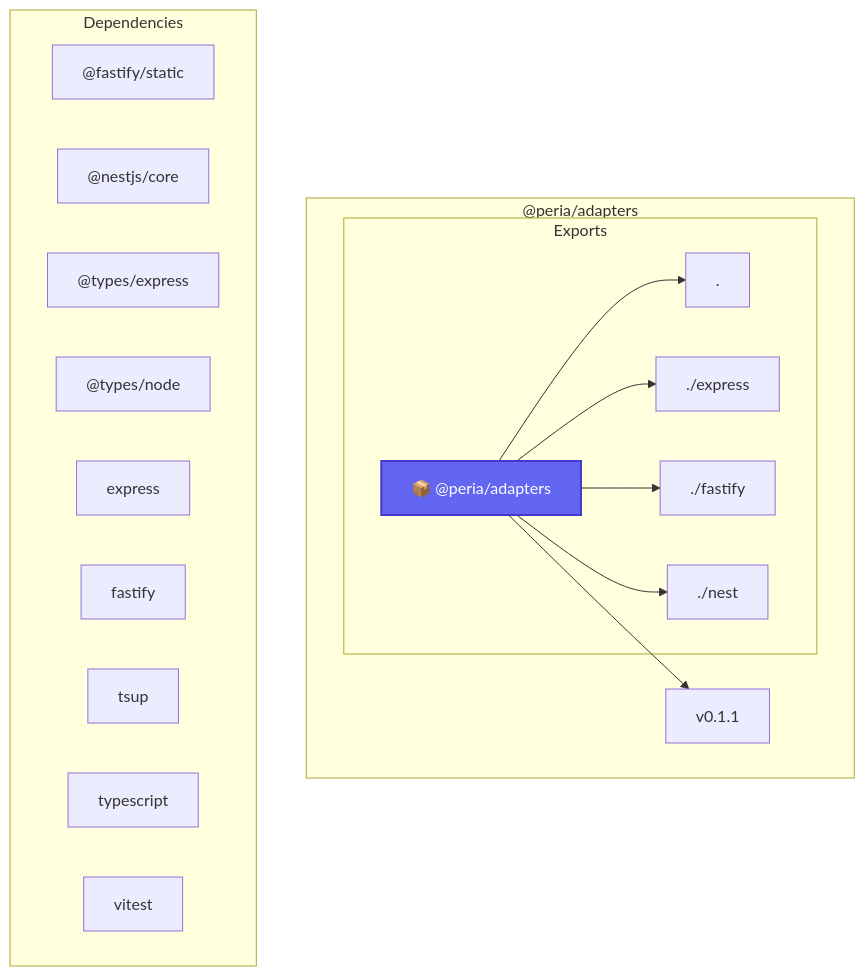
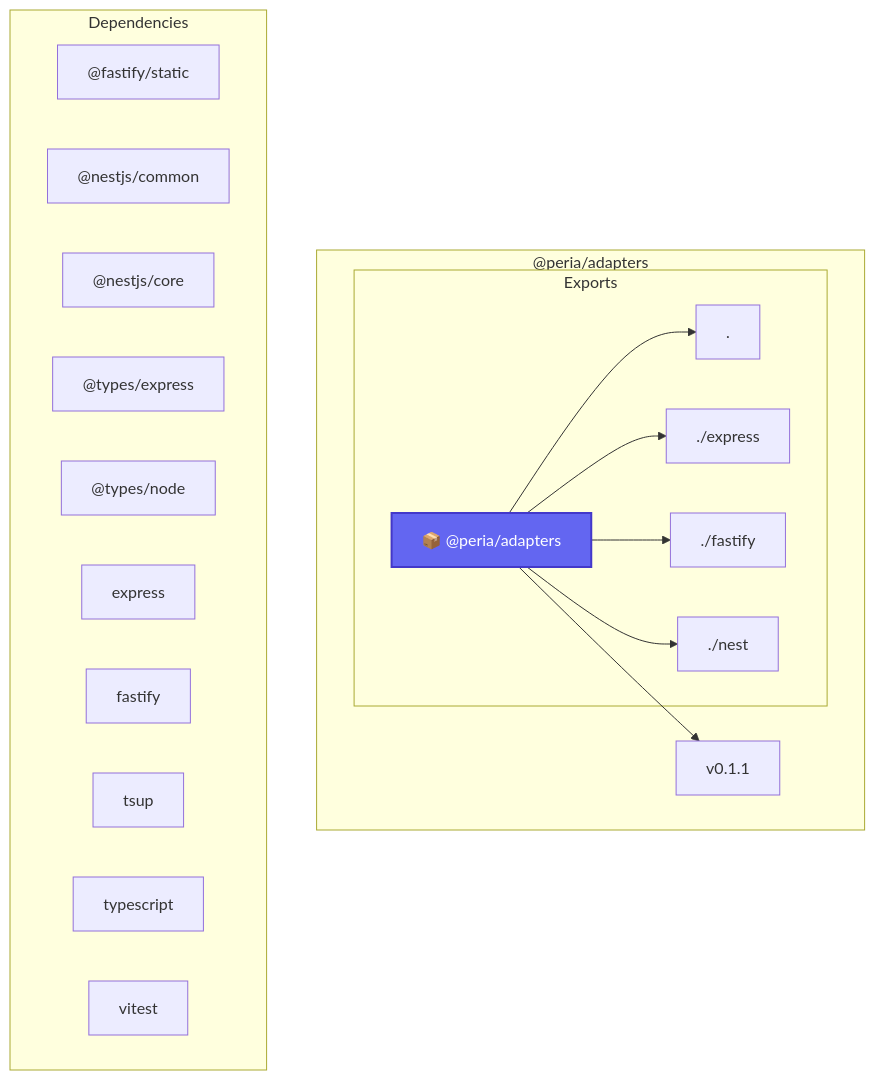
Before and after one commit to gabrigabs/peria: the fourth of 6 diagrams in docs/content/docs/diagrams.mdx, drawn with Mermaid. The commit also changed other lines of this file and 30 other files, not shown here.

````diff
--- a/docs/content/docs/diagrams.mdx
+++ b/docs/content/docs/diagrams.mdx
@@ -111,30 +111,31 @@
 ```mermaid
 graph TD
     subgraph "@peria/adapters"
         pkg["📦 @peria/adapters"]
         style pkg fill:#6366f1,stroke:#4338ca,stroke-width:2px,color:#fff
         version["v0.1.1"]
         pkg --> version
         subgraph "Exports"
             exp__["."]
             pkg --> exp__
             exp___express["./express"]
             pkg --> exp___express
             exp___fastify["./fastify"]
             pkg --> exp___fastify
             exp___nest["./nest"]
             pkg --> exp___nest
         end
     end
     subgraph "Dependencies"
         dep__fastify_static["@fastify/static"]
+        dep__nestjs_common["@nestjs/common"]
         dep__nestjs_core["@nestjs/core"]
         dep__types_express["@types/express"]
         dep__types_node["@types/node"]
         dep_express["express"]
         dep_fastify["fastify"]
         dep_tsup["tsup"]
         dep_typescript["typescript"]
         dep_vitest["vitest"]
     end
 ```
````
